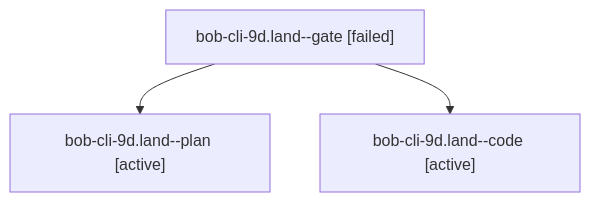
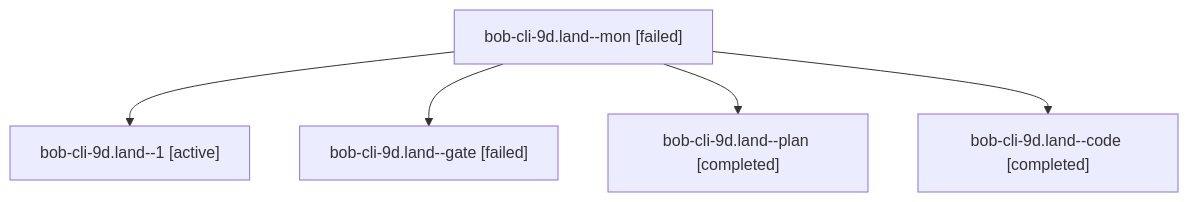
The diagram in sessions/bbugyi200.athena.bob-cli-9d.land.md (bobs-org/bob-cli--agents), drawn with Mermaid before and after one commit. The commit also changed other lines of this file and 146 other files, not shown here.

````diff
--- a/sessions/bbugyi200.athena.bob-cli-9d.land.md
+++ b/sessions/bbugyi200.athena.bob-cli-9d.land.md
@@ -9,8 +9,12 @@
 ```mermaid
 flowchart TD
-  n0["bob-cli-9d.land--gate [failed]"]
-  n1["bob-cli-9d.land--plan [active]"]
+  n0["bob-cli-9d.land--mon [failed]"]
+  n1["bob-cli-9d.land--1 [active]"]
   n0 --> n1
-  n2["bob-cli-9d.land--code [active]"]
+  n2["bob-cli-9d.land--gate [failed]"]
   n0 --> n2
+  n3["bob-cli-9d.land--plan [completed]"]
+  n0 --> n3
+  n4["bob-cli-9d.land--code [completed]"]
+  n0 --> n4
 ```
````
